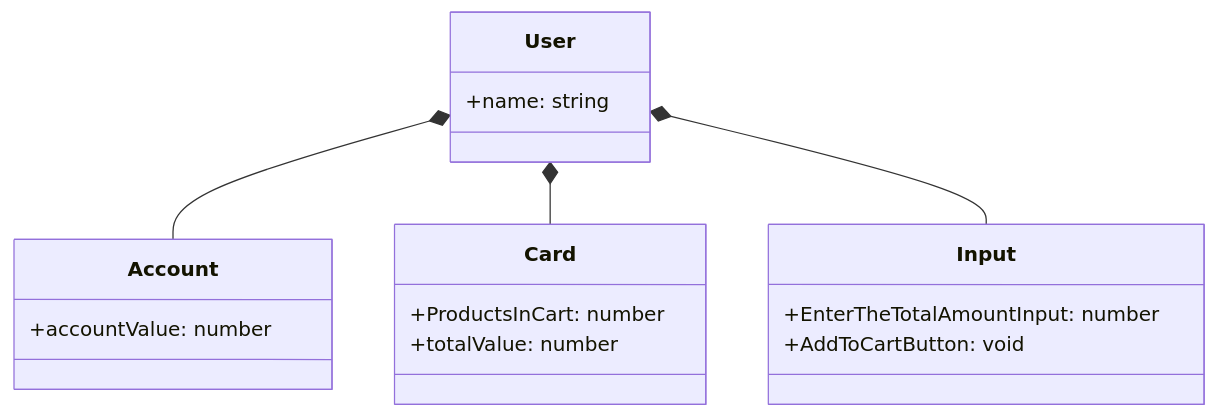
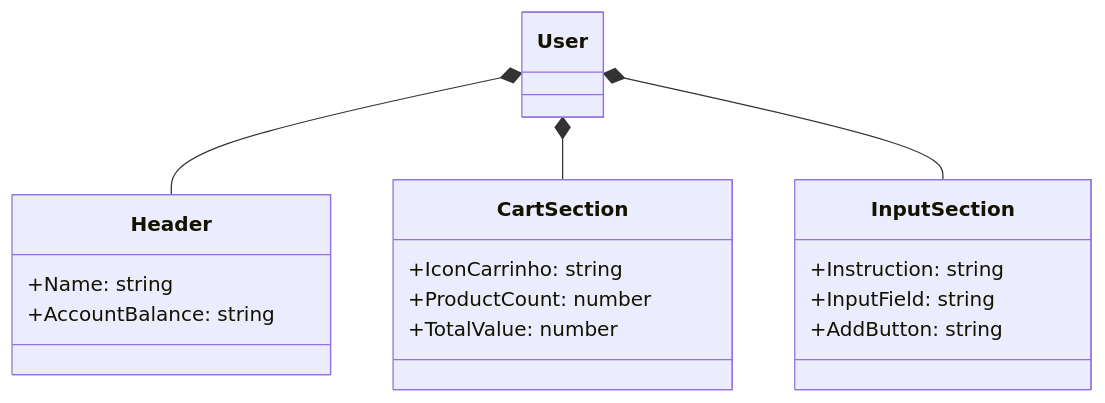
The diagram in README.md (leoIribarne/API_java_17), drawn with Mermaid before and after one commit.

````diff
--- a/README.md
+++ b/README.md
@@ -3,24 +3,25 @@
 ```mermaid
 classDiagram
+    class Header {
+        +Name: string
+        +AccountBalance: string
+    }
+    class CartSection {
+        +IconCarrinho: string
+        +ProductCount: number
+        +TotalValue: number
+    }
+    class InputSection {
+        +Instruction: string
+        +InputField: string
+        +AddButton: string
+    }
     class User {
-        +name: string
-    }
-    class Account {
-        +accountValue: number
-    }
-    class Card {
-        +ProductsInCart: number
-        +totalValue: number
-    }
-    class Input {
-        +EnterTheTotalAmountInput: number
-        +AddToCartButton: void
     }
 
-    User *-- Account 
-    User *-- Card 
-    User *-- Input 
-
+    User *-- Header
+    User *-- CartSection
+    User *-- InputSection
  
 
 ```
````
